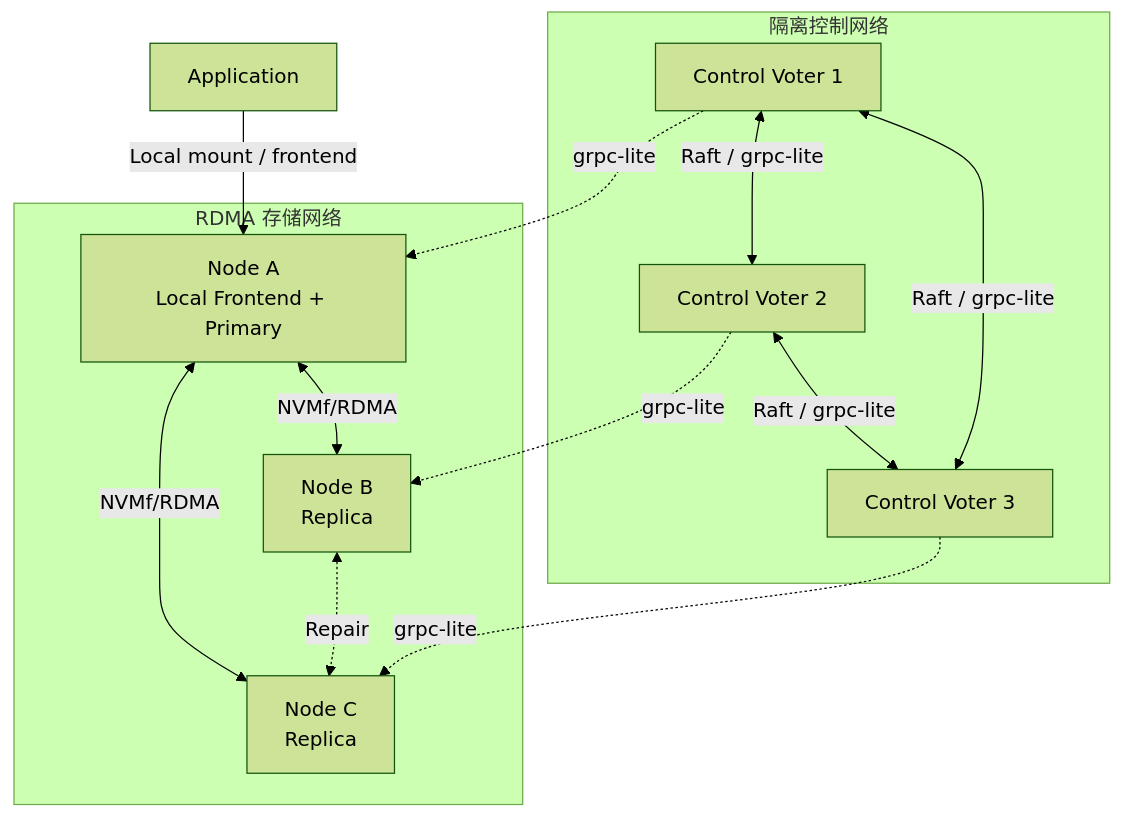
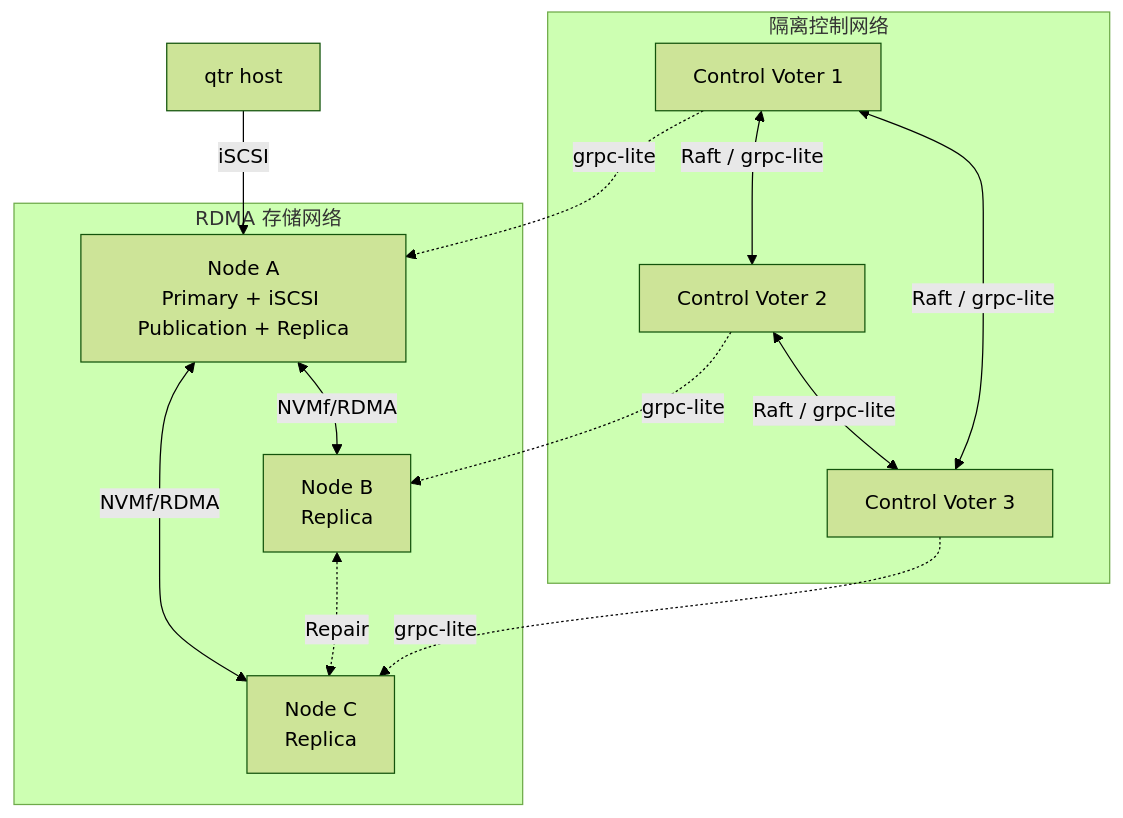
The second of 2 diagrams in docs/architecture/zh-CN/09-deployment-and-networking.md (fanyang89/zettide-mono), drawn with Mermaid (forest theme) before and after one commit. The commit also changed other lines of this file and 15 other files, not shown here.

Commit message:
docs: define staged storage architecture

````diff
--- a/docs/architecture/zh-CN/09-deployment-and-networking.md
+++ b/docs/architecture/zh-CN/09-deployment-and-networking.md
@@ -7,25 +25,25 @@
 ```mermaid
 flowchart TB
     subgraph ControlNet[隔离控制网络]
         C1[Control Voter 1]
         C2[Control Voter 2]
         C3[Control Voter 3]
         C1 <-->|Raft / grpc-lite| C2
         C2 <-->|Raft / grpc-lite| C3
         C3 <-->|Raft / grpc-lite| C1
     end
 
     subgraph StorageNet[RDMA 存储网络]
-        N1[Node A<br/>Local Frontend + Primary]
+        N1[Node A<br/>Primary + iSCSI Publication + Replica]
         N2[Node B<br/>Replica]
         N3[Node C<br/>Replica]
         N1 <-->|NVMf/RDMA| N2
         N1 <-->|NVMf/RDMA| N3
         N2 <-. Repair .-> N3
     end
 
-    App[Application] -->|Local mount / frontend| N1
+    Q[qtr host] -->|iSCSI| N1
     C1 -. grpc-lite .-> N1
     C2 -. grpc-lite .-> N2
     C3 -. grpc-lite .-> N3
 ```
````
